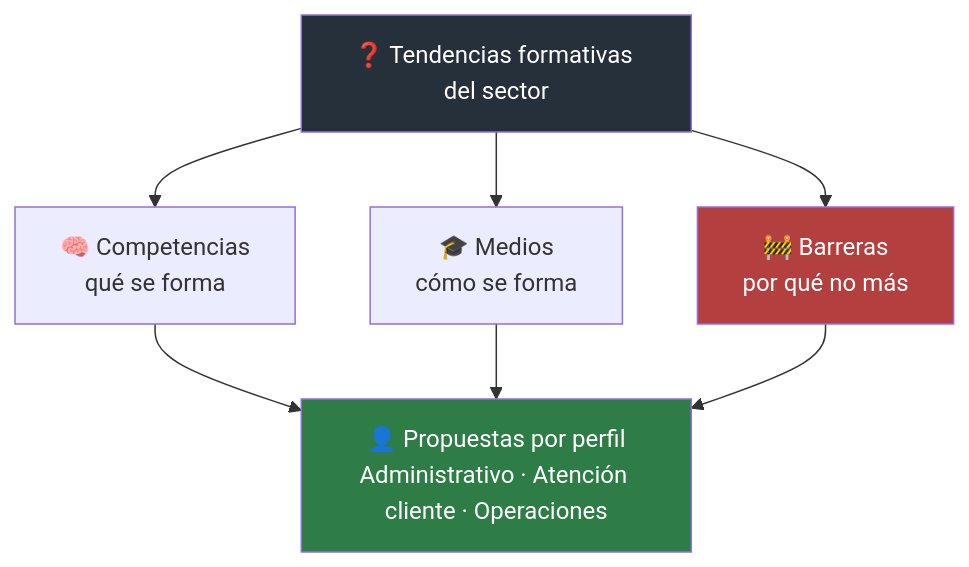
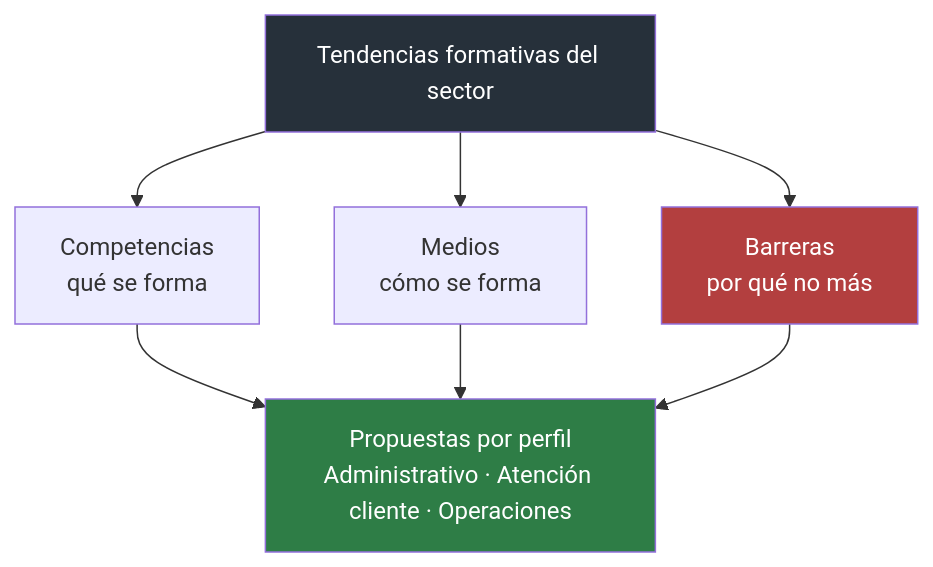
Before and after one commit to ITACADEMYprojectes/ProjecteData: the second of 3 diagrams in Equip_33/README.md, drawn with Mermaid. The commit also changed other lines of this file, not shown here.

````diff
--- a/Equip_33/README.md
+++ b/Equip_33/README.md
@@ -121,13 +109,13 @@
 ```mermaid
 flowchart TB
-    Q["❓ Tendencias formativas del sector"] --> C["🧠 Competencias<br/>qué se forma"]
-    Q --> M["🎓 Medios<br/>cómo se forma"]
-    Q --> B["🚧 Barreras<br/>por qué no más"]
-    C --> P["👤 Propuestas por perfil<br/>Administrativo · Atención cliente · Operaciones"]
+    Q["Tendencias formativas del sector"] --> C["Competencias<br/>qué se forma"]
+    Q --> M["Medios<br/>cómo se forma"]
+    Q --> B["Barreras<br/>por qué no más"]
+    C --> P["Propuestas por perfil<br/>Administrativo · Atención cliente · Operaciones"]
     M --> P
     B --> P
 
     style Q fill:#26303A,color:#fff
     style B fill:#B33F3F,color:#fff
     style P fill:#2E7D46,color:#fff
 ```
````
